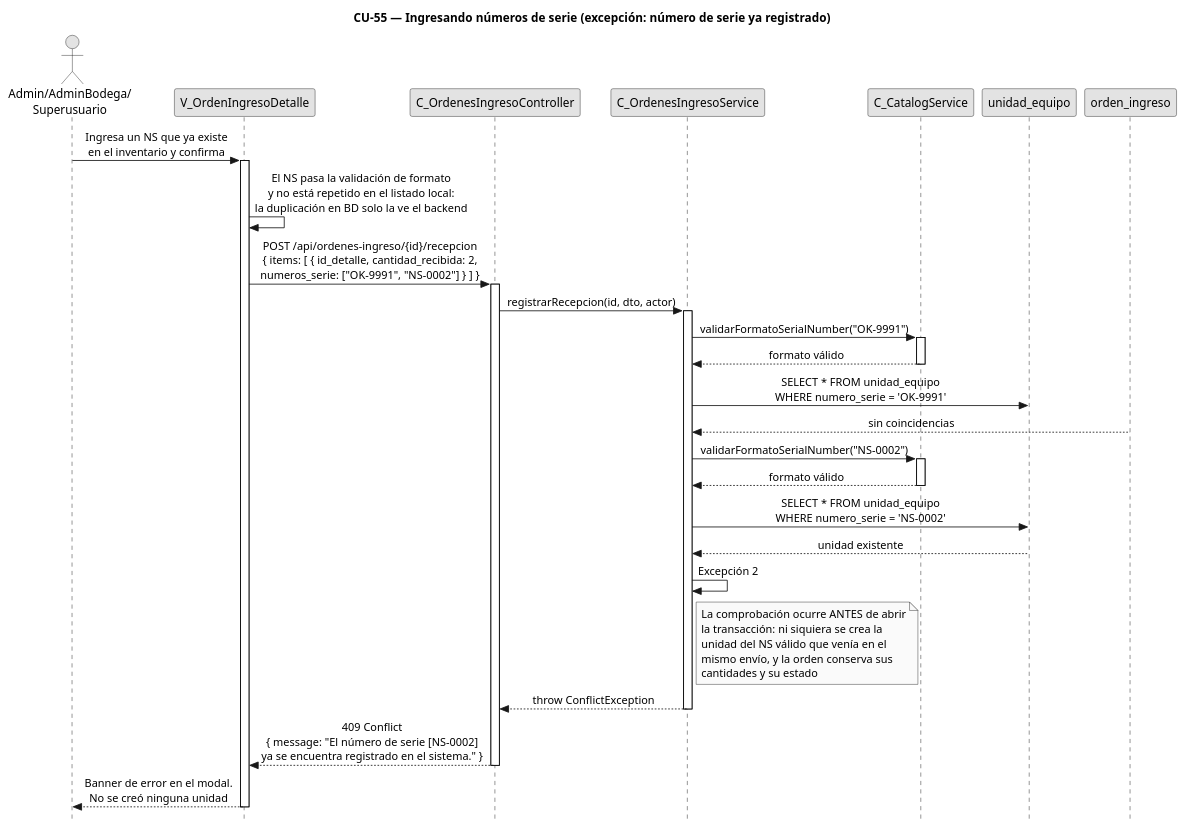
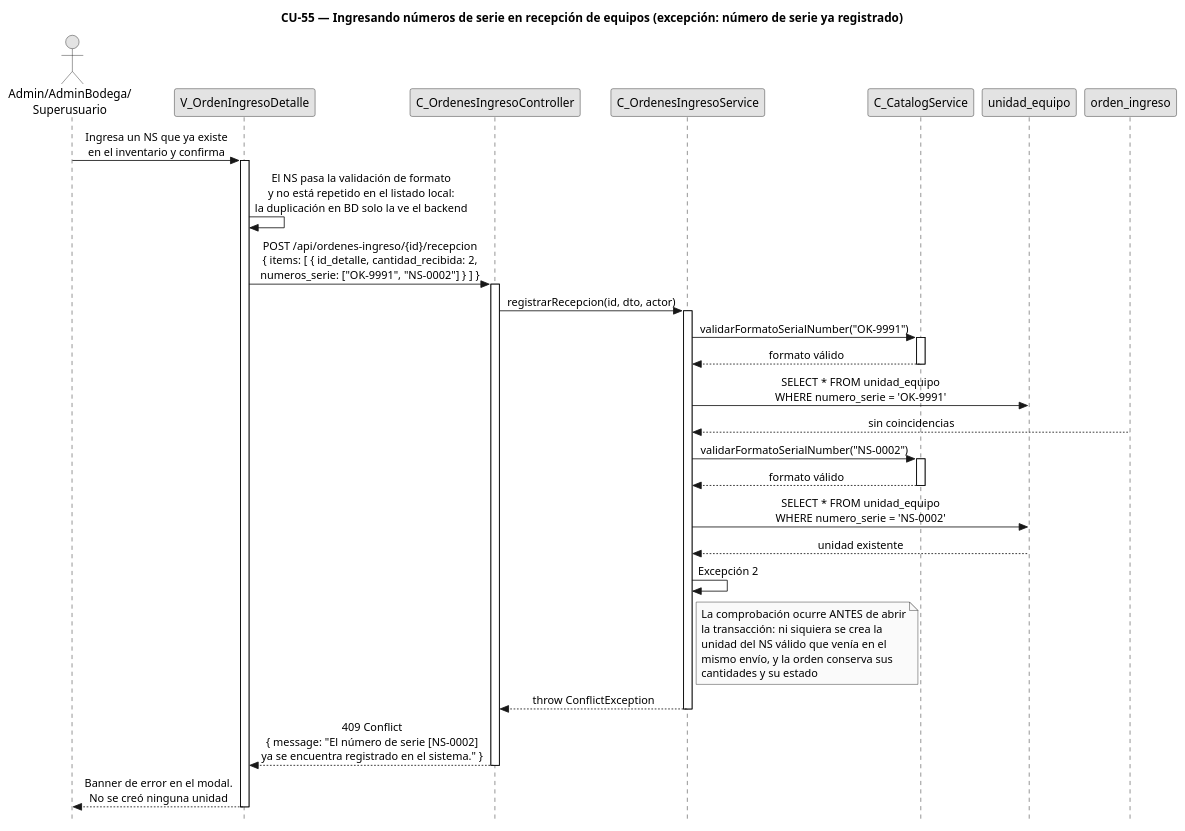
Before and after one commit to FSM-Finet-y-Cable-Magico/Team_1-Inventario-y-Bodega: the diagram in diagramas/diagramas-secuencia/CU55/CU55-exc-serie-duplicada.puml, drawn with PlantUML. The commit also changed 23 other files, not shown here.

Commit message:
docs(diagramas): agrega el nombre oficial del CU a los títulos de CU-52/54/55/56/58/59/60/62/78/84 (formato incremento 1) y re-render

```diff
--- a/diagramas/diagramas-secuencia/CU55/CU55-exc-serie-duplicada.puml
+++ b/diagramas/diagramas-secuencia/CU55/CU55-exc-serie-duplicada.puml
@@ -1,78 +1,78 @@
 @startuml CU55-NumerosSerieRecepcion-Exc-SerieDuplicada
-title CU-55 — Ingresando números de serie (excepción: número de serie ya registrado)
+title CU-55 — Ingresando números de serie en recepción de equipos (excepción: número de serie ya registrado)
 
 skinparam style strictuml
 skinparam monochrome true
 skinparam shadowing false
 skinparam sequenceMessageAlign center
 <style>
 sequenceDiagram {
   participant {
     margin 35
   }
   actor {
     margin 15
   }
 }
 </style>
 skinparam sequence {
   MessageAlign center
   LifeLineBorderColor black
 }
 hide footbox
 
 actor "Admin/AdminBodega/\nSuperusuario" as user
 participant "V_OrdenIngresoDetalle" as view
 participant "C_OrdenesIngresoController" as ctrl
 participant "C_OrdenesIngresoService" as svc
 participant "C_CatalogService" as cat
 participant "unidad_equipo" as uent
 participant "orden_ingreso" as oing
 
 user -> view : Ingresa un NS que ya existe\nen el inventario y confirma
 activate view
 
 view -> view : El NS pasa la validación de formato\ny no está repetido en el listado local:\nla duplicación en BD solo la ve el backend
 
 view -> ctrl : POST /api/ordenes-ingreso/{id}/recepcion\n{ items: [ { id_detalle, cantidad_recibida: 2,\nnumeros_serie: ["OK-9991", "NS-0002"] } ] }
 activate ctrl
 
 ctrl -> svc : registrarRecepcion(id, dto, actor)
 activate svc
 
 svc -> cat : validarFormatoSerialNumber("OK-9991")
 activate cat
 cat --> svc : formato válido
 deactivate cat
 
 svc -> uent : SELECT * FROM unidad_equipo\nWHERE numero_serie = 'OK-9991'
 oing --> svc : sin coincidencias
 
 svc -> cat : validarFormatoSerialNumber("NS-0002")
 activate cat
 cat --> svc : formato válido
 deactivate cat
 
 svc -> uent : SELECT * FROM unidad_equipo\nWHERE numero_serie = 'NS-0002'
 uent --> svc : unidad existente
 
 svc -> svc : Excepción 2
 
 note right of svc
   La comprobación ocurre ANTES de abrir
   la transacción: ni siquiera se crea la
   unidad del NS válido que venía en el
   mismo envío, y la orden conserva sus
   cantidades y su estado
 end note
 
 svc --> ctrl : throw ConflictException
 deactivate svc
 
 ctrl --> view : 409 Conflict\n{ message: "El número de serie [NS-0002]\nya se encuentra registrado en el sistema." }
 deactivate ctrl
 
 view --> user : Banner de error en el modal.\nNo se creó ninguna unidad
 deactivate view
 
 @enduml
```
